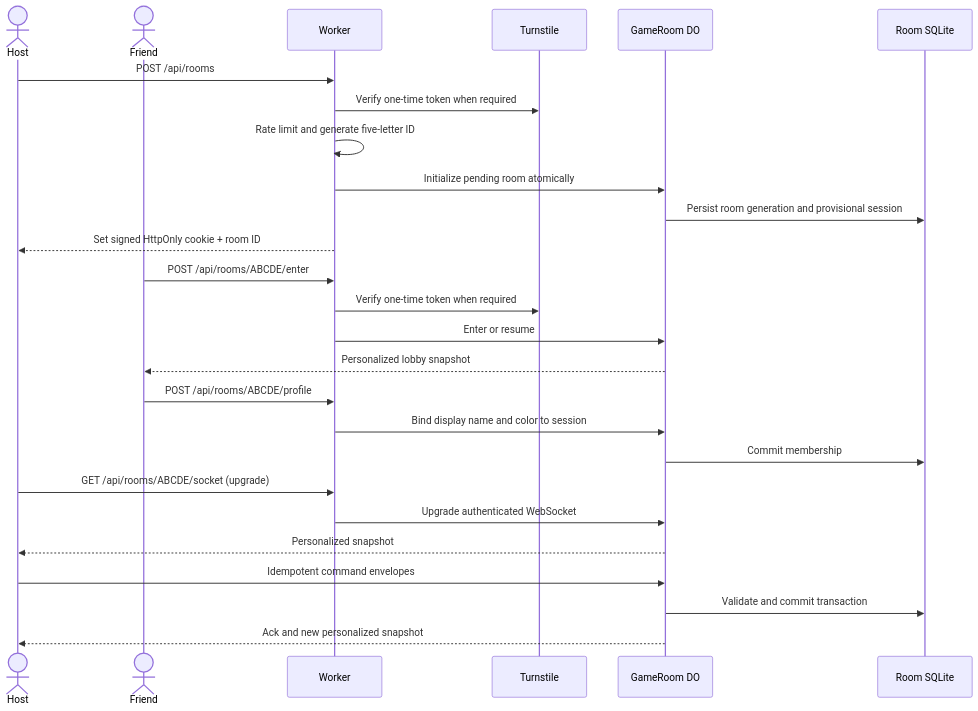
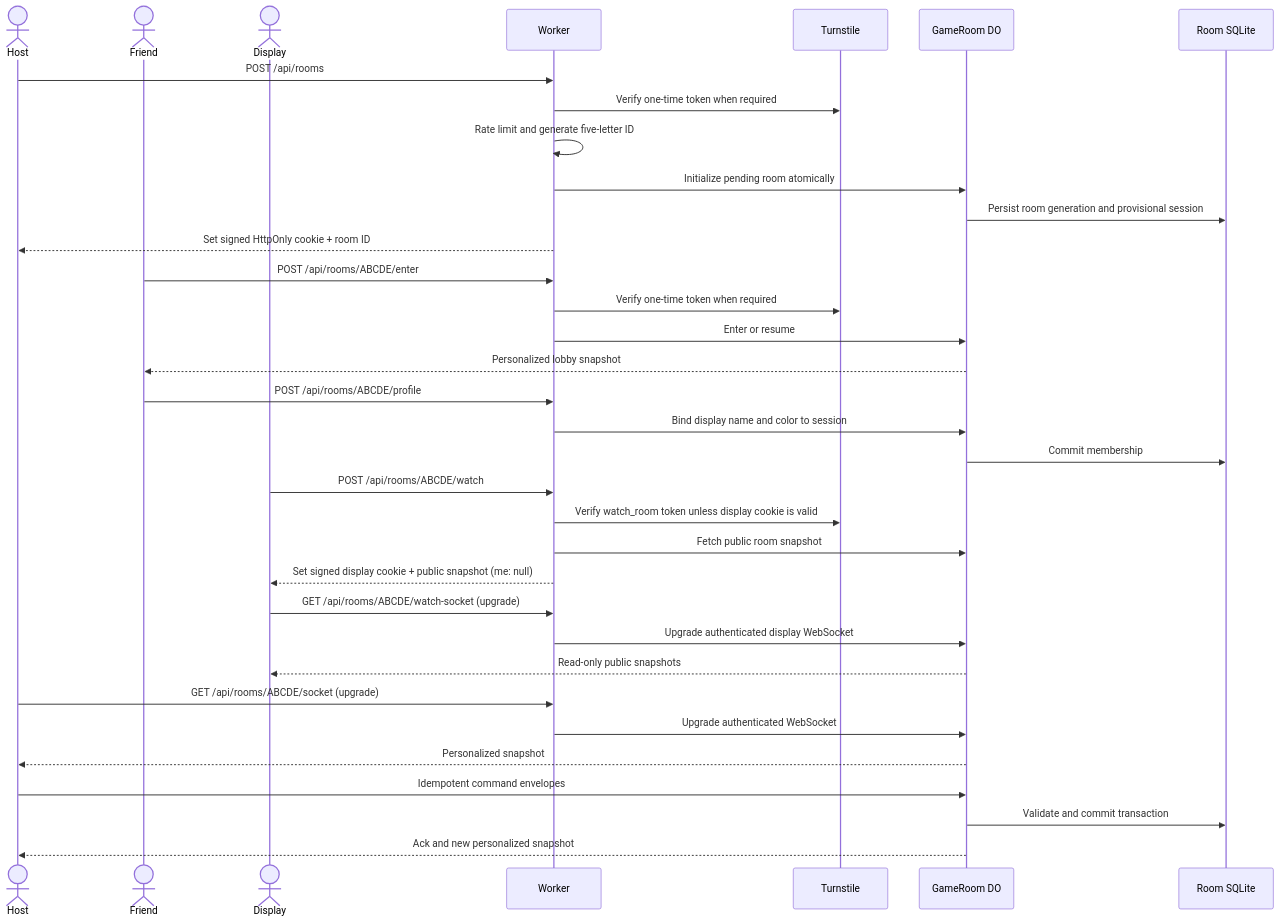
The second of 3 diagrams in ARCHITECTURE.md (joewinger/paininmydeck), drawn with Mermaid before and after one commit. The commit also changed other lines of this file and 26 other files, not shown here.

Commit message:
feat(tv): add read-only party display

````diff
--- a/ARCHITECTURE.md
+++ b/ARCHITECTURE.md
@@ -35,32 +37,42 @@
 ```mermaid
 sequenceDiagram
     actor Host
     actor Friend
+    actor Display
     participant Worker
     participant Turnstile
     participant Room as GameRoom DO
     participant DB as Room SQLite
 
     Host->>Worker: POST /api/rooms
     Worker->>Turnstile: Verify one-time token when required
     Worker->>Worker: Rate limit and generate five-letter ID
     Worker->>Room: Initialize pending room atomically
     Room->>DB: Persist room generation and provisional session
     Worker-->>Host: Set signed HttpOnly cookie + room ID
 
     Friend->>Worker: POST /api/rooms/ABCDE/enter
     Worker->>Turnstile: Verify one-time token when required
     Worker->>Room: Enter or resume
     Room-->>Friend: Personalized lobby snapshot
 
     Friend->>Worker: POST /api/rooms/ABCDE/profile
     Worker->>Room: Bind display name and color to session
     Room->>DB: Commit membership
 
+    Display->>Worker: POST /api/rooms/ABCDE/watch
+    Worker->>Turnstile: Verify watch_room token unless display cookie is valid
+    Worker->>Room: Fetch public room snapshot
+    Worker-->>Display: Set signed display cookie + public snapshot (me: null)
+
+    Display->>Worker: GET /api/rooms/ABCDE/watch-socket (upgrade)
+    Worker->>Room: Upgrade authenticated display WebSocket
+    Room-->>Display: Read-only public snapshots
+
     Host->>Worker: GET /api/rooms/ABCDE/socket (upgrade)
     Worker->>Room: Upgrade authenticated WebSocket
     Room-->>Host: Personalized snapshot
     Host->>Room: Idempotent command envelopes
     Room->>DB: Validate and commit transaction
     Room-->>Host: Ack and new personalized snapshot
 ```
````
